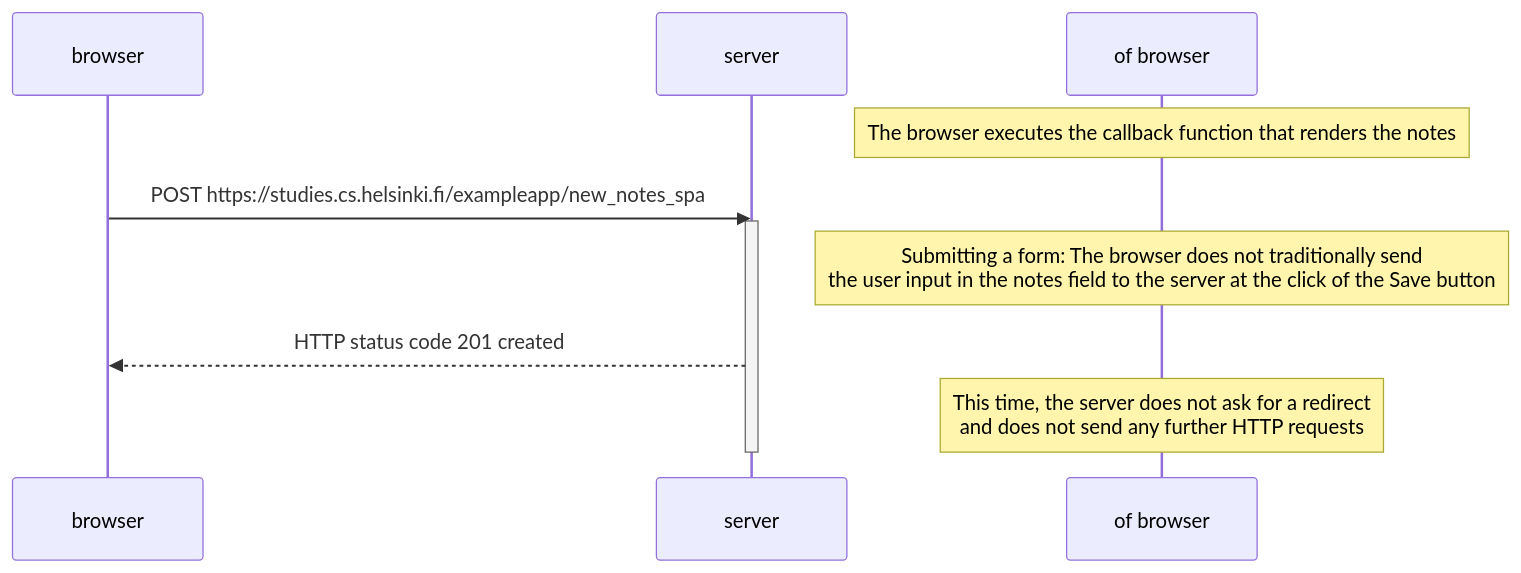
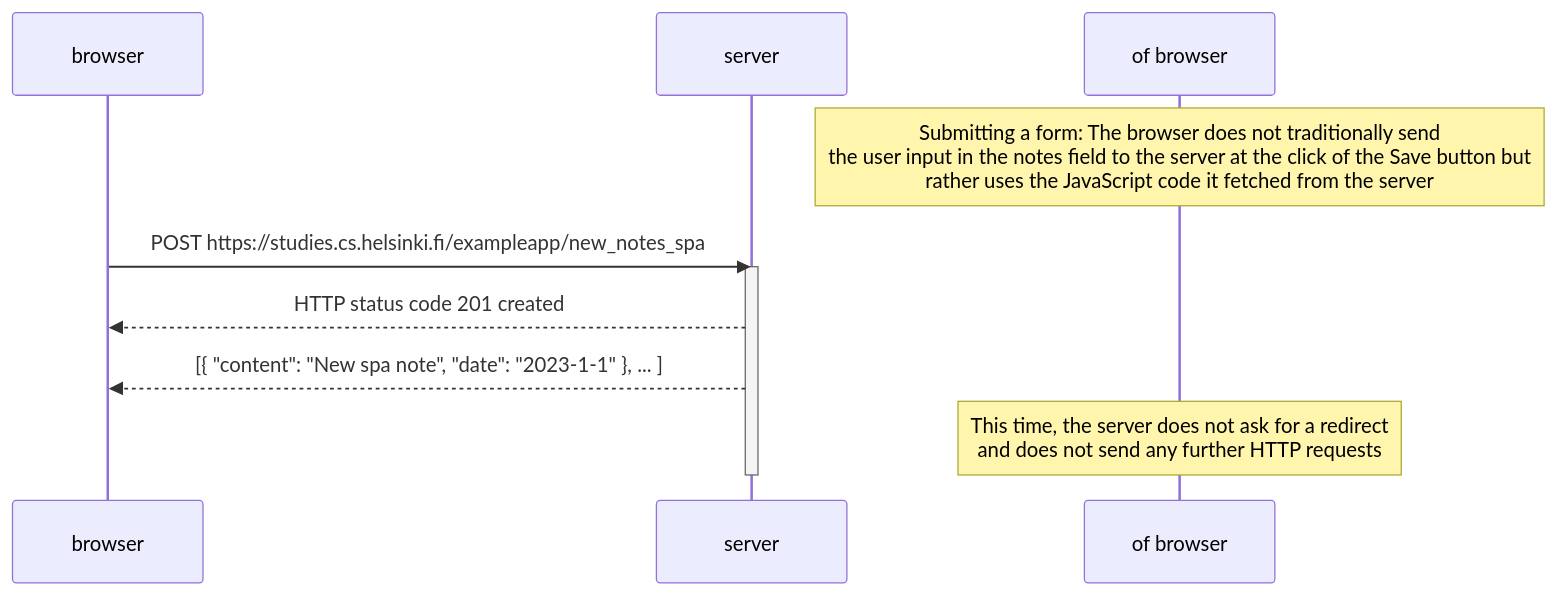
The diagram in part0/newNoteInSpaDiagram.md (CeeJayyy007/fullstackopen), drawn with Mermaid before and after one commit. The commit also changed 3 other files, not shown here.

````diff
--- a/part0/newNoteInSpaDiagram.md
+++ b/part0/newNoteInSpaDiagram.md
@@ -1,18 +3,16 @@
 ```mermaid
 sequenceDiagram
     participant browser
     participant server
-
-    Note over of browser: The browser executes the callback function that renders the notes
-
+    
+    Note over of browser: Submitting a form: The browser does not traditionally send <br/>the user input in the notes field to the server at the click of the Save button but <br/>rather uses the JavaScript code it fetched from the server
+    
     browser->>server: POST https://studies.cs.helsinki.fi/exampleapp/new_notes_spa 
     activate server
-    
-    Note over of browser: Submitting a form: The browser does not traditionally send <br/>the user input in the notes field to the server at the click of the Save button
 
     server-->>browser: HTTP status code 201 created
+    server-->>browser: [{ "content": "New spa note", "date": "2023-1-1" }, ... ]
     Note over of browser: This time, the server does not ask for a redirect <br/>and does not send any further HTTP requests
     deactivate server
 
-
 ```
````
